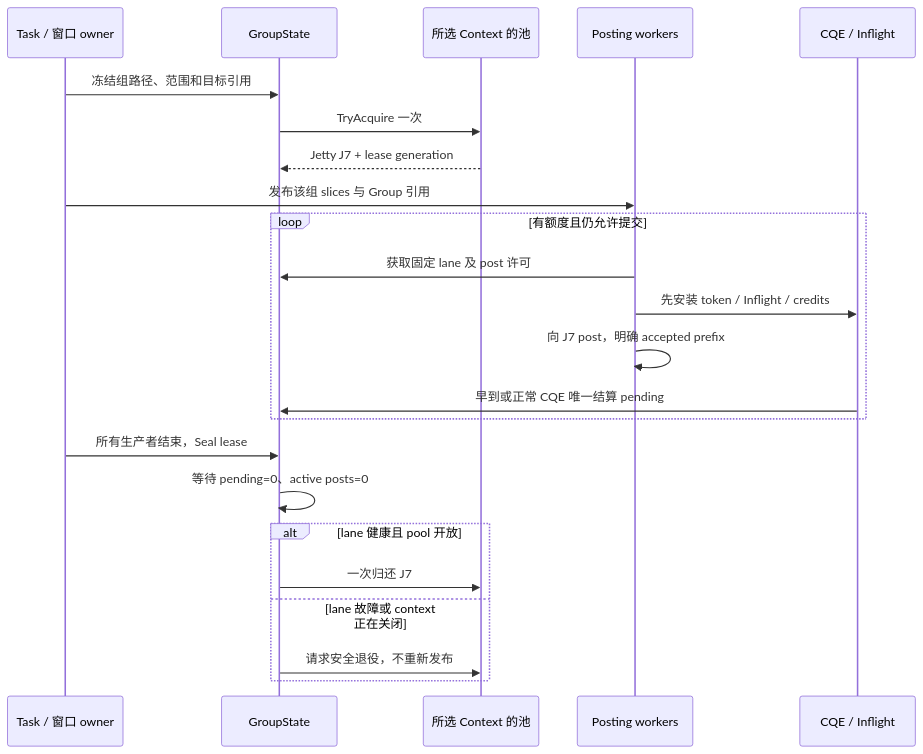
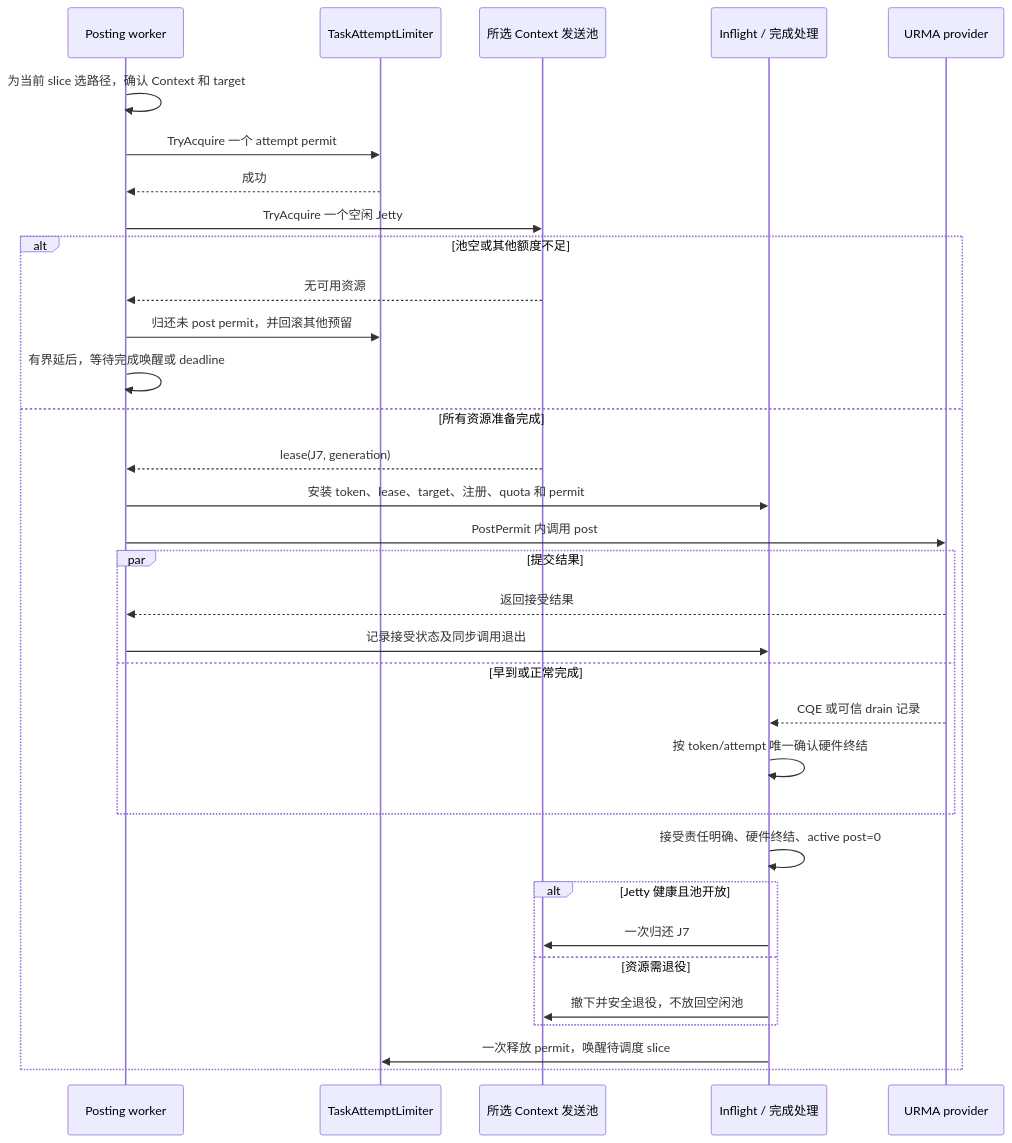
Before and after one commit to HangCong126/Supercache: the fifth of 8 diagrams in docs/analyze/tent-ub-rm-jetty-pool-design.md, drawn with Mermaid. The commit also changed other lines of this file, not shown here.

Commit message:
revise TENT RM jetty design for exclusive slice leases

````diff
--- a/docs/analyze/tent-ub-rm-jetty-pool-design.md
+++ b/docs/analyze/tent-ub-rm-jetty-pool-design.md
@@ -177,25 +167,35 @@
 ```mermaid
 sequenceDiagram
-    participant T as Task / 窗口 owner
-    participant G as GroupState
-    participant P as 所选 Context 的池
-    participant W as Posting workers
-    participant C as CQE / Inflight
-    T->>G: 冻结组路径、范围和目标引用
-    G->>P: TryAcquire 一次
-    P-->>G: Jetty J7 + lease generation
-    T->>W: 发布该组 slices 与 Group 引用
-    loop 有额度且仍允许提交
-        W->>G: 获取固定 lane 及 post 许可
-        W->>C: 先安装 token / Inflight / credits
-        W->>W: 向 J7 post，明确 accepted prefix
-        C->>G: 早到或正常 CQE 唯一结算 pending
-    end
-    T->>G: 所有生产者结束，Seal lease
-    G->>G: 等待 pending=0、active posts=0
-    alt lane 健康且 pool 开放
-        G->>P: 一次归还 J7
-    else lane 故障或 context 正在关闭
-        G->>P: 请求安全退役，不重新发布
+    participant W as Posting worker
+    participant T as TaskAttemptLimiter
+    participant P as 所选 Context 发送池
+    participant I as Inflight / 完成处理
+    participant U as URMA provider
+    W->>W: 为当前 slice 选路径，确认 Context 和 target
+    W->>T: TryAcquire 一个 attempt permit
+    T-->>W: 成功
+    W->>P: TryAcquire 一个空闲 Jetty
+    alt 池空或其他额度不足
+        P-->>W: 无可用资源
+        W->>T: 归还未 post permit，并回滚其他预留
+        W->>W: 有界延后，等待完成唤醒或 deadline
+    else 所有资源准备完成
+        P-->>W: lease(J7, generation)
+        W->>I: 安装 token、lease、target、注册、quota 和 permit
+        W->>U: PostPermit 内调用 post
+        par 提交结果
+            U-->>W: 返回接受结果
+            W->>I: 记录接受状态及同步调用退出
+        and 早到或正常完成
+            U-->>I: CQE 或可信 drain 记录
+            I->>I: 按 token/attempt 唯一确认硬件终结
+        end
+        I->>I: 接受责任明确、硬件终结、active post=0
+        alt Jetty 健康且池开放
+            I->>P: 一次归还 J7
+        else 资源需退役
+            I->>P: 撤下并安全退役，不放回空闲池
+        end
+        I->>T: 一次释放 permit，唤醒待调度 slice
     end
 ```
````
